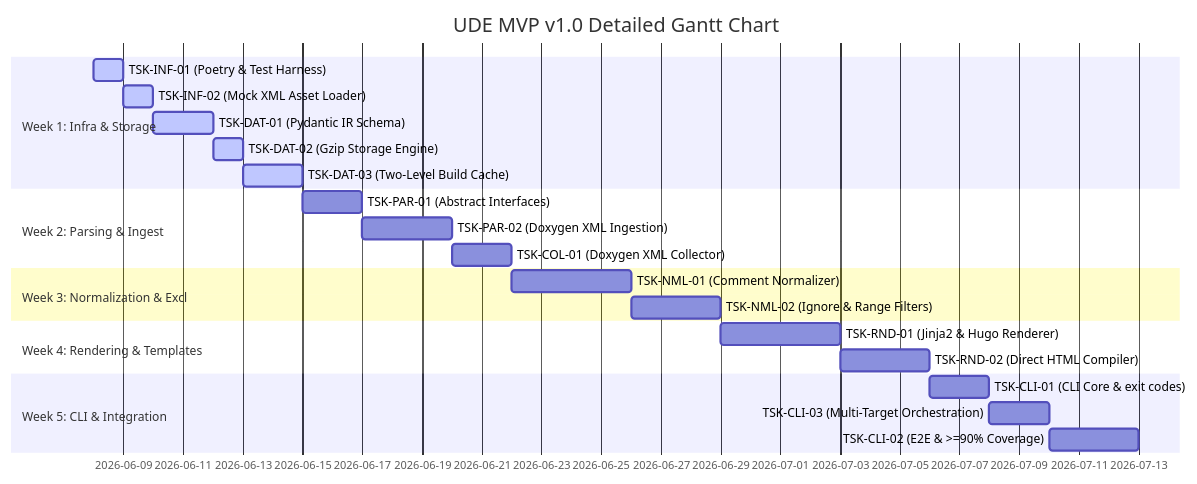
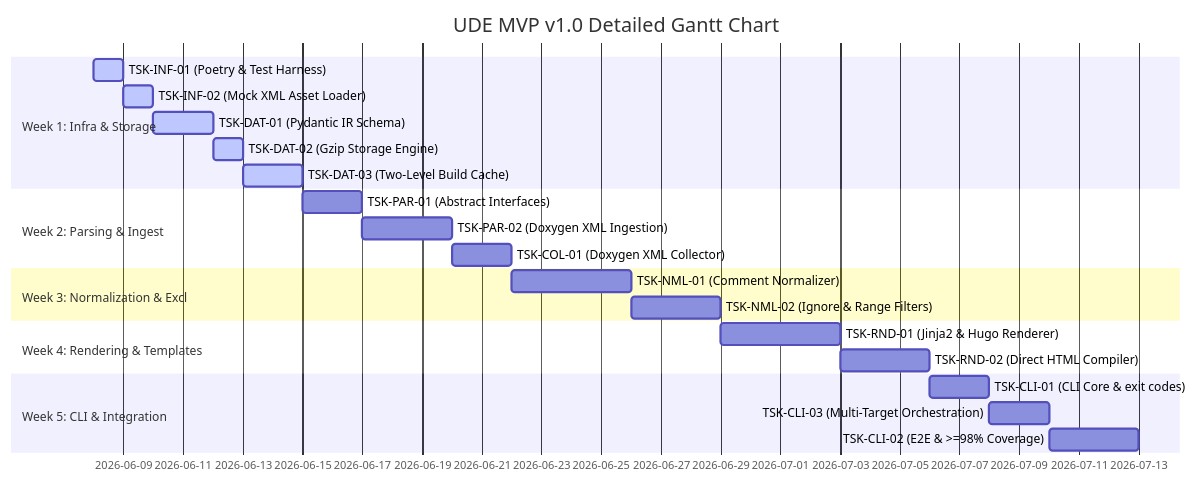
Before and after one commit to Sir-Derryk/ude-design-docs: the diagram in docs/roadmap/mvp_v1/schedule.md, drawn with Mermaid. The commit also changed other lines of this file and 4 other files, not shown here.

````diff
--- a/docs/roadmap/mvp_v1/schedule.md
+++ b/docs/roadmap/mvp_v1/schedule.md
@@ -15,25 +15,25 @@
 ```mermaid
 gantt
     title UDE MVP v1.0 Detailed Gantt Chart
     dateFormat  YYYY-MM-DD
     section Week 1: Infra & Storage
     TSK-INF-01 (Poetry & Test Harness)   :active, t1, 2026-06-08, 1d
     TSK-INF-02 (Mock XML Asset Loader)   :active, t2, after t1, 1d
     TSK-DAT-01 (Pydantic IR Schema)       :active, t3, after t2, 2d
     TSK-DAT-02 (Gzip Storage Engine)       :active, t4, after t3, 1d
     TSK-DAT-03 (Two-Level Build Cache)     :active, t5, after t4, 2d
     section Week 2: Parsing & Ingest
     TSK-PAR-01 (Abstract Interfaces)       :t6, after t5, 2d
     TSK-PAR-02 (Doxygen XML Ingestion)     :t7, after t6, 3d
     TSK-COL-01 (Doxygen XML Collector)     :t8, after t7, 2d
     section Week 3: Normalization & Excl
     TSK-NML-01 (Comment Normalizer)        :t9, after t8, 4d
     TSK-NML-02 (Ignore & Range Filters)    :t10, after t9, 3d
     section Week 4: Rendering & Templates
     TSK-RND-01 (Jinja2 & Hugo Renderer)    :t11, after t10, 4d
     TSK-RND-02 (Direct HTML Compiler)      :t12, after t11, 3d
     section Week 5: CLI & Integration
     TSK-CLI-01 (CLI Core & exit codes)     :t13, after t12, 2d
     TSK-CLI-03 (Multi-Target Orchestration):t14, after t13, 2d
-    TSK-CLI-02 (E2E & >=90% Coverage)      :t15, after t14, 3d
+    TSK-CLI-02 (E2E & >=98% Coverage)      :t15, after t14, 3d
 ```
````
